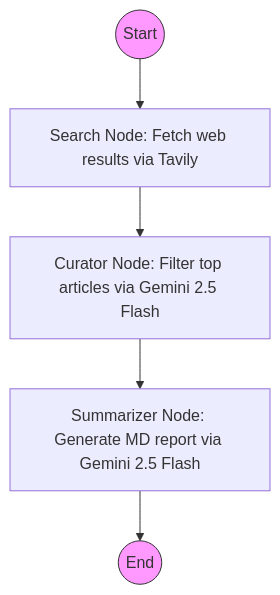
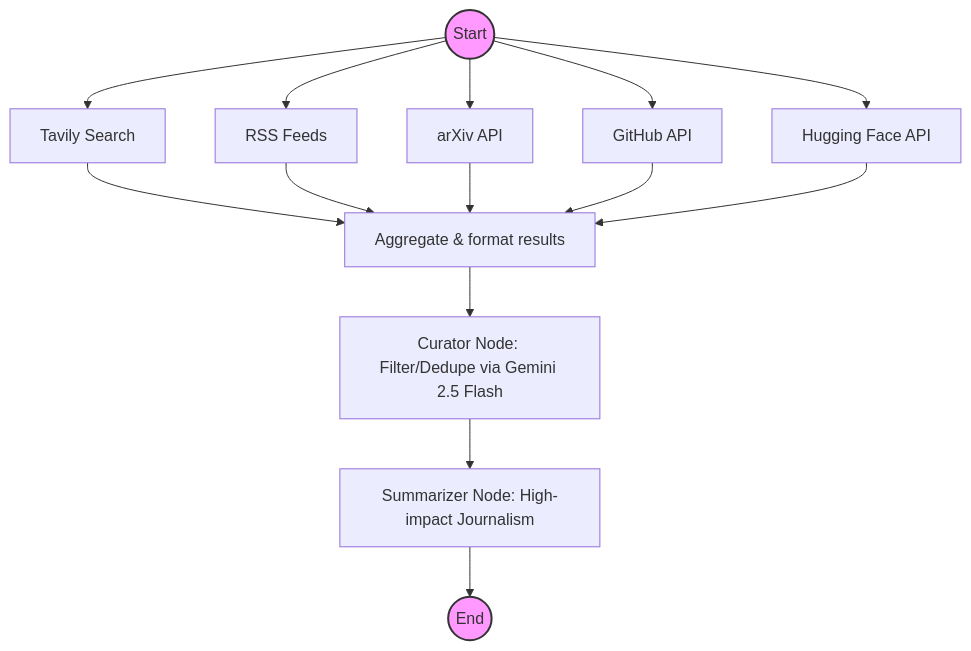
The diagram in Gen AI News Agent/README.md (shubhamshardul-work/Projects), drawn with Mermaid before and after one commit. The commit also changed other lines of this file, not shown here.

````diff
--- a/Gen AI News Agent/README.md
+++ b/Gen AI News Agent/README.md
@@ -9,10 +17,21 @@
 ```mermaid
 graph TD
-    Start((Start)) --> Search[Search Node: Fetch web results via Tavily]
-    Search --> Curate[Curator Node: Filter top articles via Gemini 2.5 Flash]
-    Curate --> Summarize[Summarizer Node: Generate MD report via Gemini 2.5 Flash]
+    Start((Start)) --> Search[Tavily Search]
+    Start --> RSS[RSS Feeds]
+    Start --> ArXiv[arXiv API]
+    Start --> GitHub[GitHub API]
+    Start --> HF[Hugging Face API]
+    
+    Search --> Aggregate[Aggregate & format results]
+    RSS --> Aggregate
+    ArXiv --> Aggregate
+    GitHub --> Aggregate
+    HF --> Aggregate
+    
+    Aggregate --> Curate[Curator Node: Filter/Dedupe via Gemini 2.5 Flash]
+    Curate --> Summarize[Summarizer Node: High-impact Journalism]
     Summarize --> End((End))
     
-    style Start fill:#f9f,stroke:#333
-    style End fill:#f9f,stroke:#333
+    style Start fill:#f9f,stroke:#333,stroke-width:2px
+    style End fill:#f9f,stroke:#333,stroke-width:2px
 ```
````
